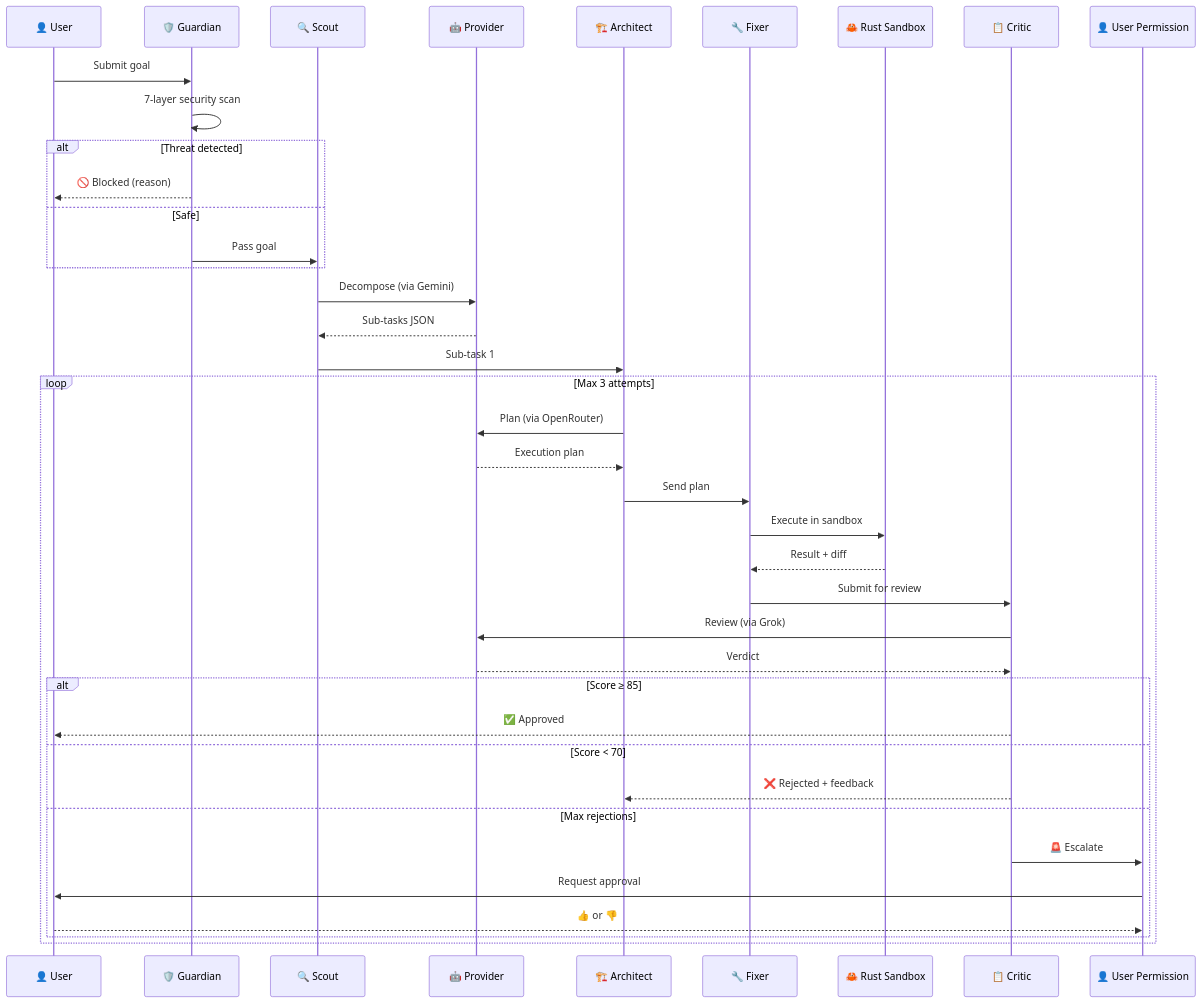
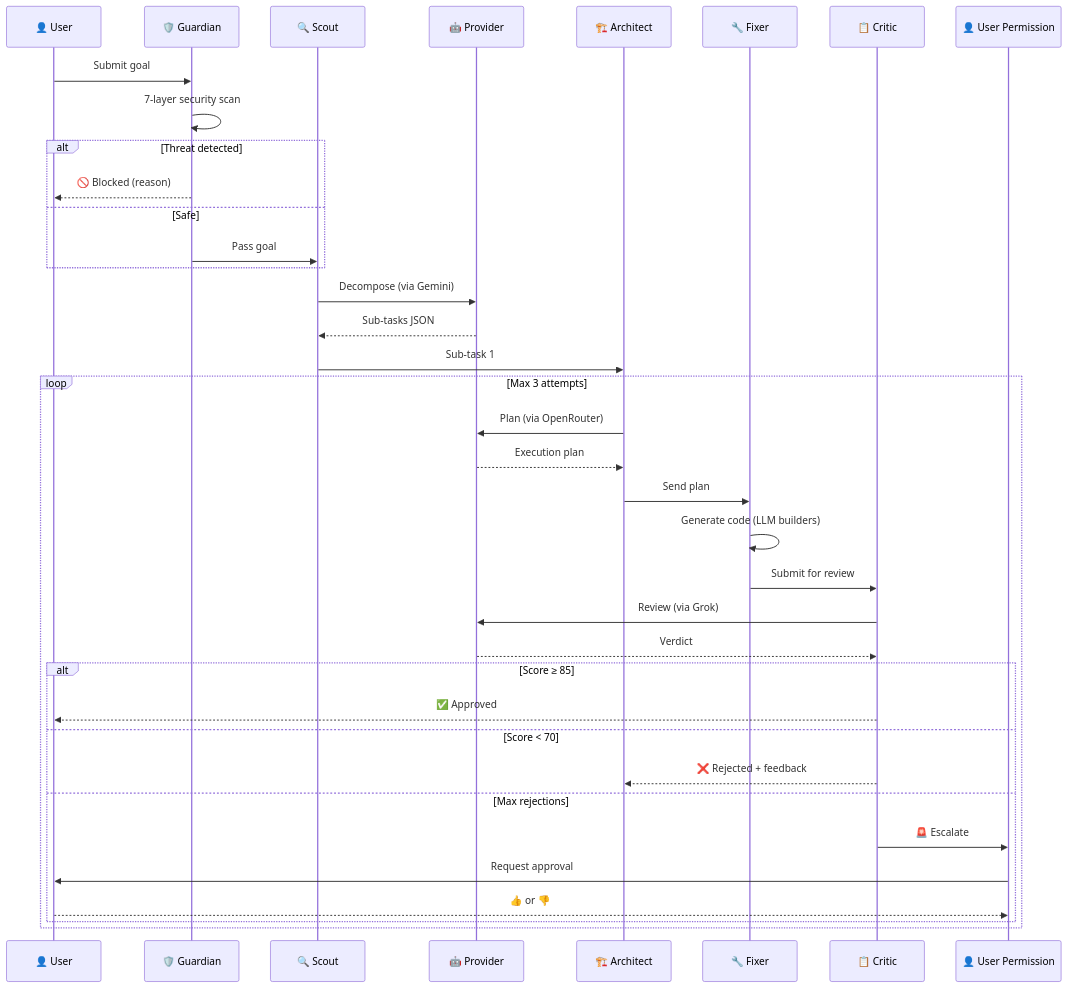
Before and after one commit to namanhere23/DevMatrix: the second of 4 diagrams in README.md, drawn with Mermaid. The commit also changed other lines of this file and 20 other files, not shown here.

````diff
--- a/README.md
+++ b/README.md
@@ -123,46 +114,44 @@
 ```mermaid
 sequenceDiagram
     participant U as 👤 User
     participant G as 🛡️ Guardian
     participant S as 🔍 Scout
     participant P as 🤖 Provider
     participant A as 🏗️ Architect
     participant F as 🔧 Fixer
-    participant R as 🦀 Rust Sandbox
     participant C as 📋 Critic
     participant H as 👤 User Permission
 
     U->>G: Submit goal
     G->>G: 7-layer security scan
 
     alt Threat detected
         G-->>U: 🚫 Blocked (reason)
     else Safe
         G->>S: Pass goal
     end
 
     S->>P: Decompose (via Gemini)
     P-->>S: Sub-tasks JSON
     S->>A: Sub-task 1
 
     loop Max 3 attempts
         A->>P: Plan (via OpenRouter)
         P-->>A: Execution plan
         A->>F: Send plan
-        F->>R: Execute in sandbox
-        R-->>F: Result + diff
+        F->>F: Generate code (LLM builders)
         F->>C: Submit for review
         C->>P: Review (via Grok)
         P-->>C: Verdict
 
         alt Score ≥ 85
             C-->>U: ✅ Approved
         else Score < 70
             C-->>A: ❌ Rejected + feedback
         else Max rejections
             C->>H: 🚨 Escalate
             H->>U: Request approval
             U-->>H: 👍 or 👎
         end
     end
 ```
````
